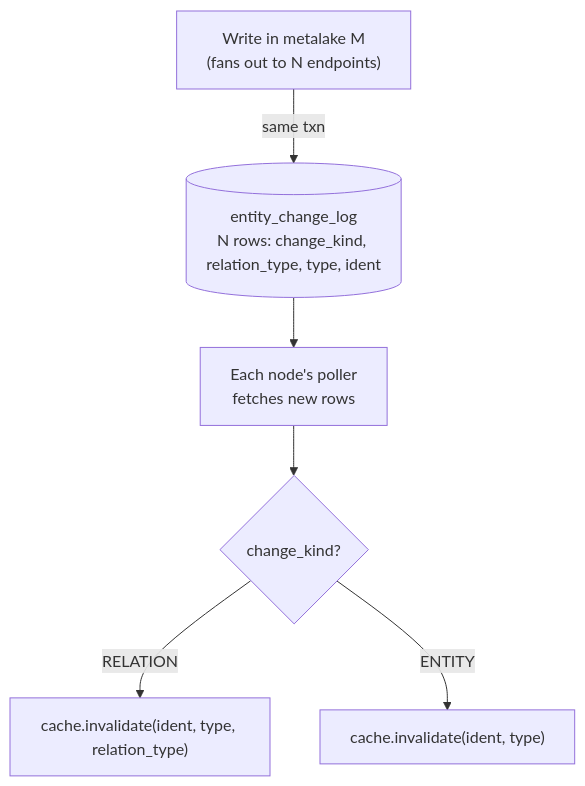
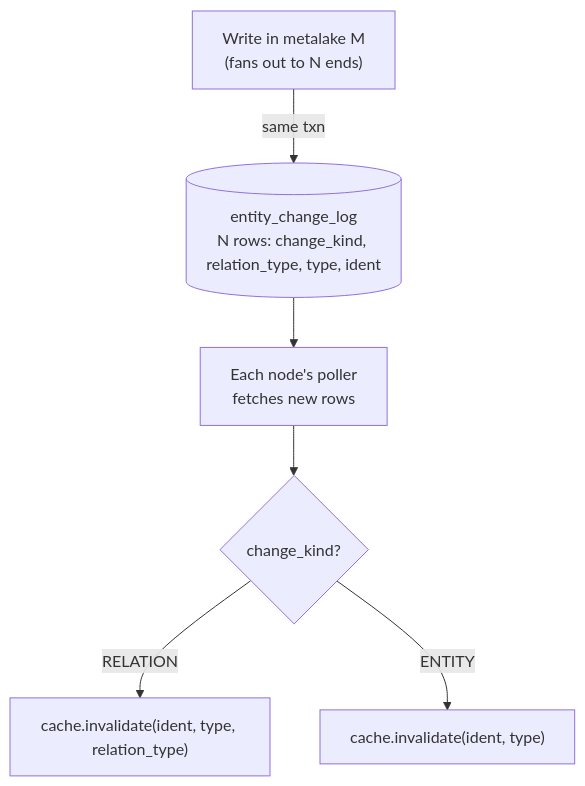
Before and after one commit to apache/gravitino: the third of 4 diagrams in design-docs/gravitino-entity-cache-multinode-changelog-design.md, drawn with Mermaid. The commit also changed other lines of this file and 2 other files, not shown here.

````diff
--- a/design-docs/gravitino-entity-cache-multinode-changelog-design.md
+++ b/design-docs/gravitino-entity-cache-multinode-changelog-design.md
@@ -177,8 +235,8 @@
 ```mermaid
 flowchart TD
-  W["Write in metalake M<br/>(fans out to N endpoints)"] -->|same txn| L[("entity_change_log<br/>N rows: change_kind, relation_type, type, ident")]
+  W["Write in metalake M<br/>(fans out to N ends)"] -->|same txn| L[("entity_change_log<br/>N rows: change_kind, relation_type, type, ident")]
   L --> P[Each node's poller<br/>fetches new rows]
   P --> R{change_kind?}
   R -->|RELATION| RI["cache.invalidate(ident, type, relation_type)"]
   R -->|ENTITY| EI["cache.invalidate(ident, type)"]
 ```
````
